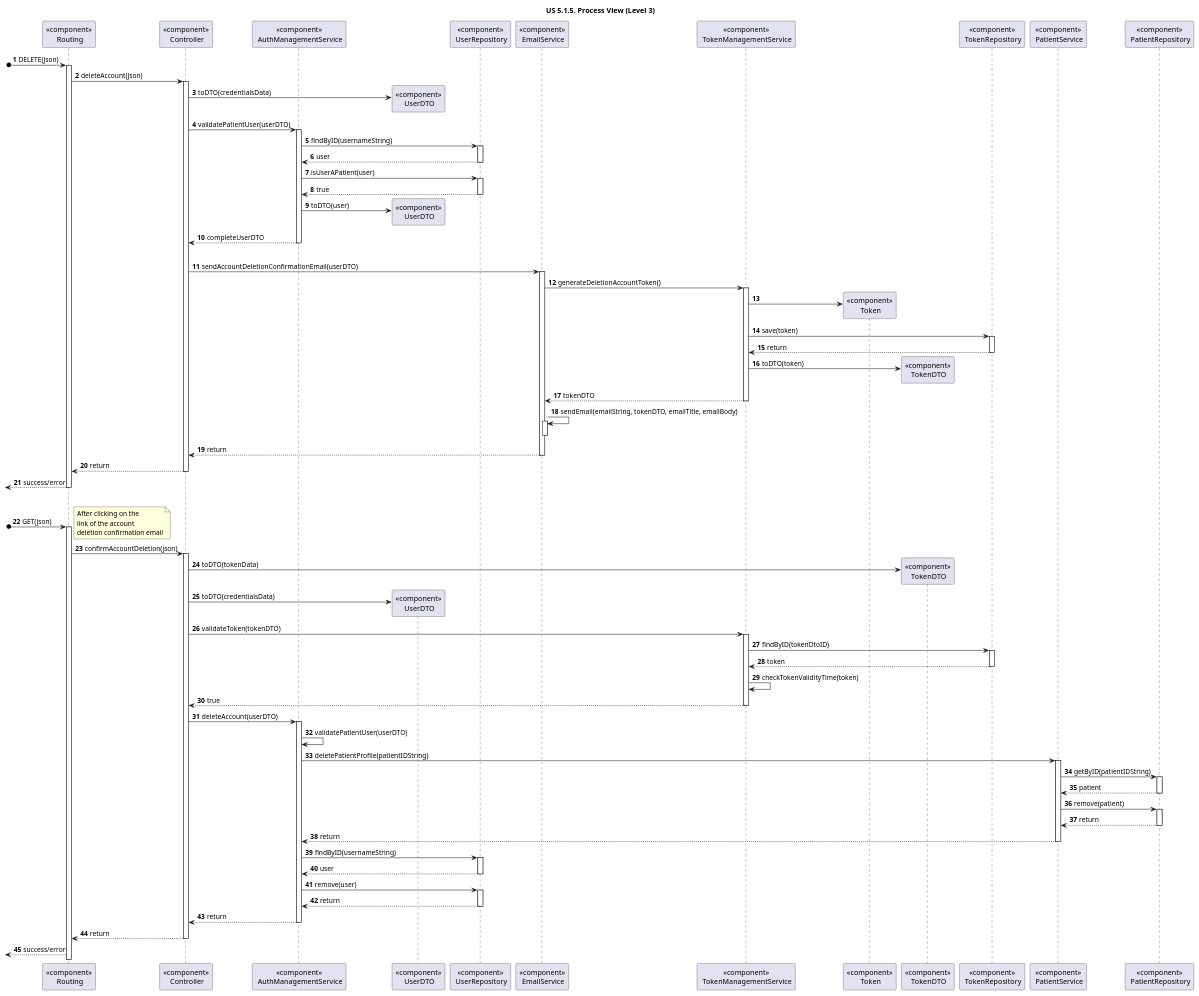
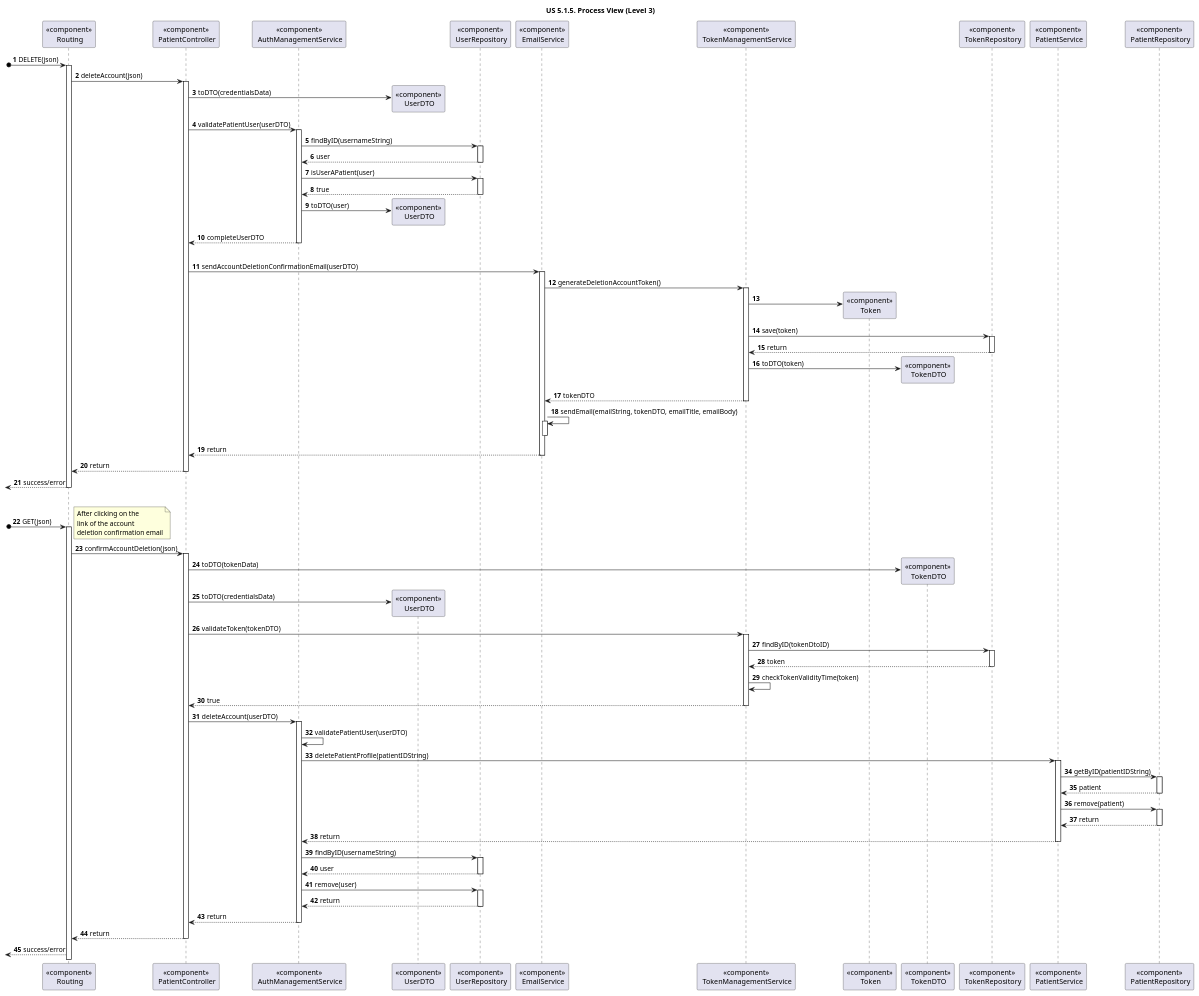
Before and after one commit to rita-barbosa/LAPR5-2425: the diagram in docs/sprint-1/1220683/us-5.1.5/diagrams/Process_View/Level-3/us5-process-view-lvl3.puml, drawn with PlantUML. The commit also changed 1 other file, not shown here.

```diff
--- a/docs/sprint-1/1220683/us-5.1.5/diagrams/Process_View/Level-3/us5-process-view-lvl3.puml
+++ b/docs/sprint-1/1220683/us-5.1.5/diagrams/Process_View/Level-3/us5-process-view-lvl3.puml
@@ -1,172 +1,172 @@
 @startuml
 'https://plantuml.com/sequence-diagram
 
 title "US 5.1.5. Process View (Level 3)"
 
 autonumber
 
 participant "<<component>>\n Routing" as ROUTE
-participant "<<component>>\n Controller" as CONTROL
+participant "<<component>>\n PatientController" as CONTROL
 
 participant "<<component>>\n AuthManagementService" as AUTHServ
 
 participant "<<component>>\n UserDTO" as UserDTO
 
 participant "<<component>>\n UserRepository" as AUTHRepo
 
 participant "<<component>>\n EmailService" as EMAILServ
 
 participant "<<component>>\n TokenManagementService" as TOKENServ
 participant "<<component>>\n Token" as TOKEN
 participant "<<component>>\n TokenDTO" as TokenDTO
 participant "<<component>>\n TokenRepository" as TOKENRepo
 
 participant "<<component>>\n PatientService" as PATIENTServ
 participant "<<component>>\n PatientRepository" as PATIENTRepo
 
 
 [o-> ROUTE : DELETE(json)
 activate ROUTE
 
 ROUTE -> CONTROL : deleteAccount(json)
 activate CONTROL
 
 CONTROL -> UserDTO** : toDTO(credentialsData)
 
 CONTROL -> AUTHServ : validatePatientUser(userDTO)
 activate AUTHServ
 
 AUTHServ -> AUTHRepo : findByID(usernameString)
 activate AUTHRepo
 
 
 AUTHRepo --> AUTHServ : user
 deactivate AUTHRepo
 
 AUTHServ -> AUTHRepo : isUserAPatient(user)
 activate AUTHRepo
 
 AUTHRepo --> AUTHServ : true
 deactivate AUTHRepo
 
 AUTHServ -> UserDTO ** : toDTO(user)
 
 AUTHServ --> CONTROL : completeUserDTO
 deactivate AUTHServ
 
 |||
 'SENDING EMAIL
 
 CONTROL -> EMAILServ : sendAccountDeletionConfirmationEmail(userDTO)
 activate EMAILServ
 
 EMAILServ -> TOKENServ : generateDeletionAccountToken()
 activate TOKENServ
 
 TOKENServ -> TOKEN **
 
 TOKENServ -> TOKENRepo : save(token)
 activate TOKENRepo
 
 
 TOKENRepo --> TOKENServ : return
 deactivate TOKENRepo
 
 TOKENServ -> TokenDTO ** : toDTO(token)
 
 TOKENServ --> EMAILServ : tokenDTO
 deactivate TOKENServ
 
 EMAILServ -> EMAILServ : sendEmail(emailString, tokenDTO, emailTitle, emailBody)
 activate EMAILServ
 deactivate EMAILServ
 
 
 EMAILServ --> CONTROL : return
 deactivate EMAILServ
 
 CONTROL --> ROUTE : return
 deactivate CONTROL
 
 <-- ROUTE : success/error
 deactivate ROUTE
 
 
 |||
 
 'CONFIRMATION
 
 [o-> ROUTE : GET(json)
 note left
 After clicking on the
 link of the account
 deletion confirmation email
 end note
 activate ROUTE
 
 ROUTE -> CONTROL : confirmAccountDeletion(json)
 activate CONTROL
 
 CONTROL -> TokenDTO ** : toDTO(tokenData)
 CONTROL -> UserDTO ** : toDTO(credentialsData)
 
 CONTROL -> TOKENServ : validateToken(tokenDTO)
 activate TOKENServ
 
 TOKENServ -> TOKENRepo : findByID(tokenDtoID)
 activate TOKENRepo
 
 TOKENRepo --> TOKENServ : token
 deactivate TOKENRepo
 
 TOKENServ -> TOKENServ : checkTokenValidityTime(token)
 
 TOKENServ --> CONTROL : true
 deactivate TOKENServ
 
 CONTROL -> AUTHServ : deleteAccount(userDTO)
 activate AUTHServ
 
 AUTHServ -> AUTHServ : validatePatientUser(userDTO)
 
 AUTHServ -> PATIENTServ : deletePatientProfile(patientIDString)
 activate PATIENTServ
 
 PATIENTServ -> PATIENTRepo : getByID(patientIDString)
 activate PATIENTRepo
 
 PATIENTRepo --> PATIENTServ : patient
 deactivate PATIENTRepo
 
 PATIENTServ -> PATIENTRepo : remove(patient)
 activate PATIENTRepo
 
 
 PATIENTRepo --> PATIENTServ : return
 deactivate PATIENTRepo
 
 PATIENTServ --> AUTHServ : return
 deactivate PATIENTServ
 
 AUTHServ -> AUTHRepo :  findByID(usernameString)
 activate AUTHRepo
 
 AUTHRepo --> AUTHServ : user
 deactivate AUTHRepo
 
 AUTHServ -> AUTHRepo : remove(user)
 activate AUTHRepo
 
 
 AUTHRepo --> AUTHServ : return
 deactivate AUTHRepo
 
 AUTHServ --> CONTROL : return
 deactivate AUTHServ
 
 CONTROL --> ROUTE : return
 deactivate CONTROL
 
 <-- ROUTE : success/error
 
 @enduml
```
